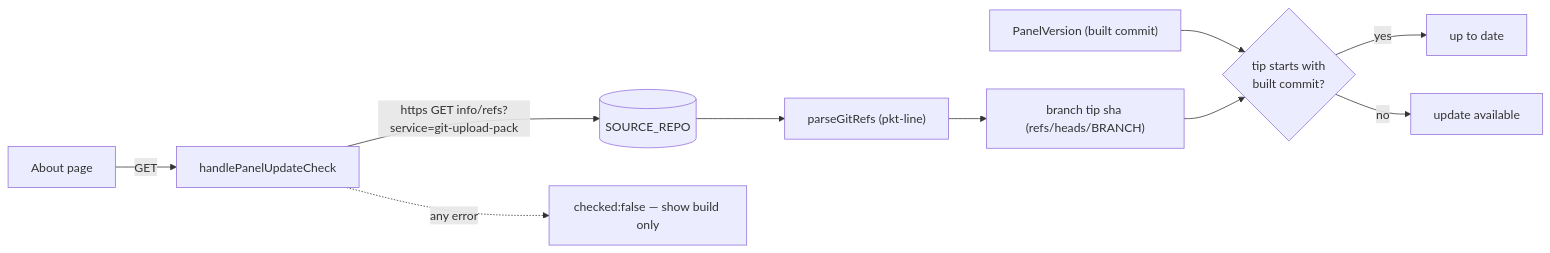
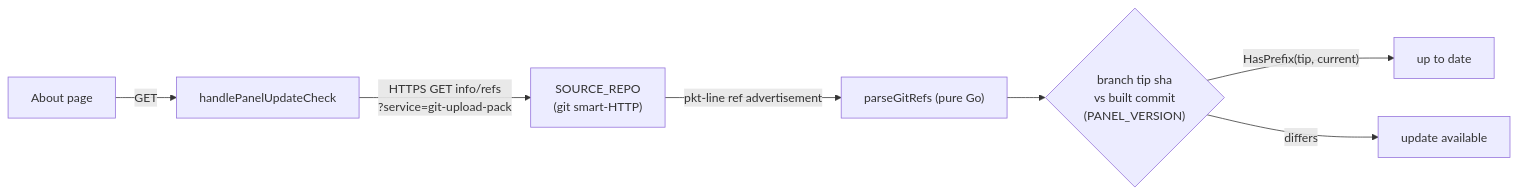
One commit to packalyst/wireguard-admin-panel changed the sixth of 6 diagrams in docs/architecture.md. Above: the diagram before and after it, drawn with Mermaid. The commit also changed other lines of this file, not shown here.

First line of the commit message:
docs: refine architecture overview (reviewed for accuracy)

````diff
--- a/docs/architecture.md
+++ b/docs/architecture.md
@@ -281,12 +283,9 @@
 ```mermaid
 flowchart LR
-    about["About page"] -->|GET| check["handlePanelUpdateCheck"]
-    check -->|"https GET info/refs?service=git-upload-pack"| repo[("SOURCE_REPO")]
-    repo --> parse["parseGitRefs (pkt-line)"]
-    parse --> tip["branch tip sha (refs/heads/BRANCH)"]
-    built["PanelVersion (built commit)"] --> cmp{"tip starts with<br/>built commit?"}
-    tip --> cmp
-    cmp -->|yes| utd["up to date"]
-    cmp -->|no| avail["update available"]
-    check -. any error .-> unknown["checked:false — show build only"]
+    about["About page"] -->|GET| h["handlePanelUpdateCheck"]
+    h -->|"HTTPS GET info/refs\n?service=git-upload-pack"| repo["SOURCE_REPO\n(git smart-HTTP)"]
+    repo -->|"pkt-line ref advertisement"| parse["parseGitRefs (pure Go)"]
+    parse --> cmp{"branch tip sha\nvs built commit\n(PANEL_VERSION)"}
+    cmp -->|"HasPrefix(tip, current)"| uptodate["up to date"]
+    cmp -->|differs| avail["update available"]
 ```
````
